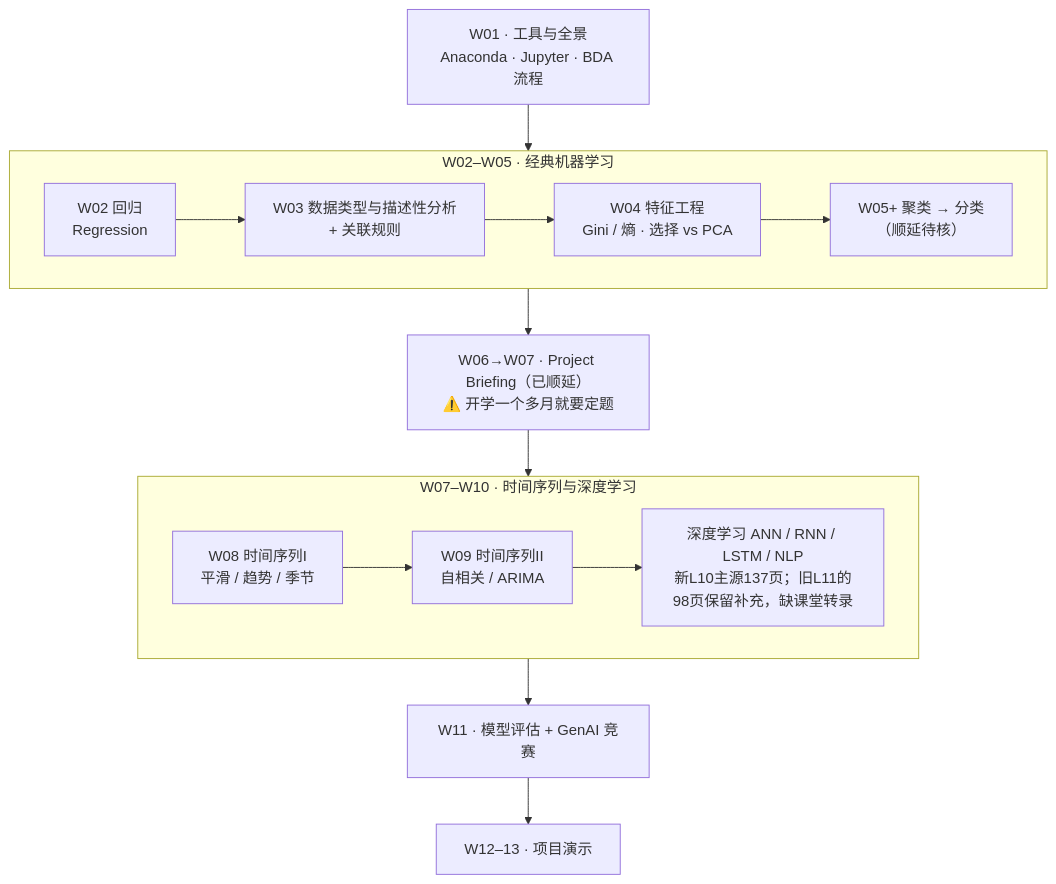
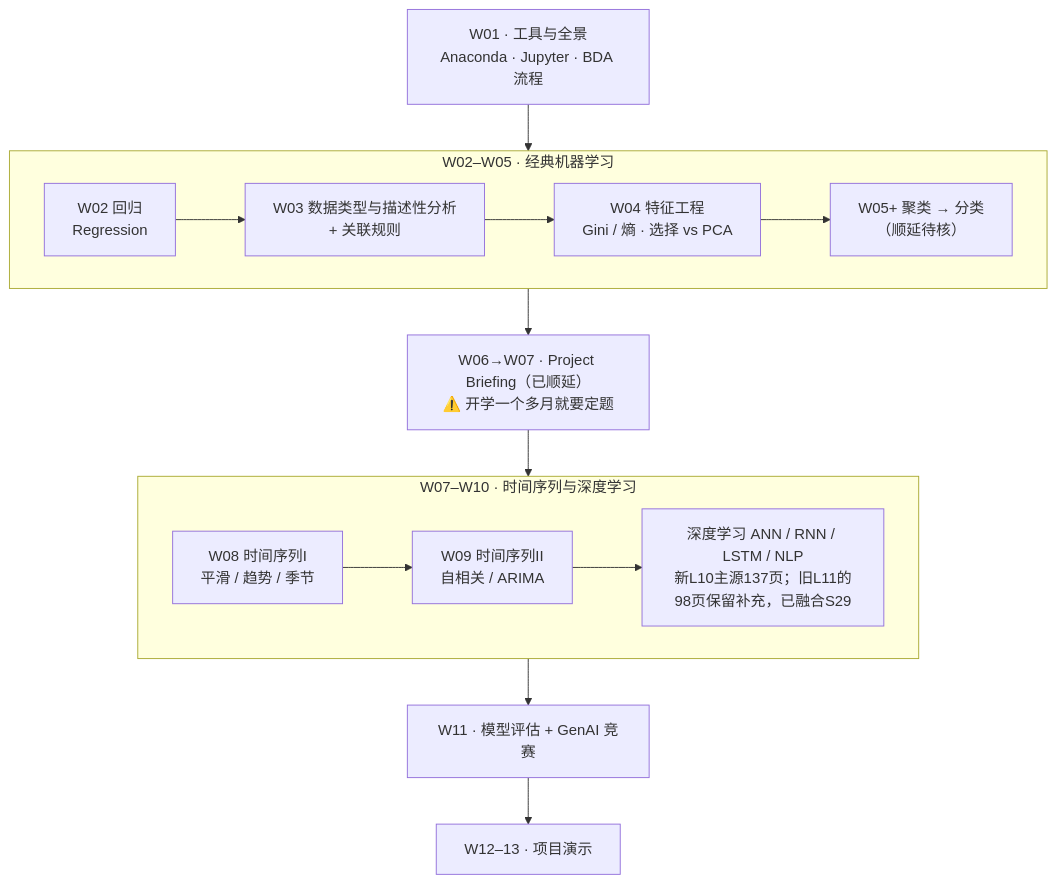
The second of 3 diagrams in IS6400_Business_Data_Analytics/00-课程总览.md (CercaTrovato/cityu-ai-course-notes), drawn with Mermaid before and after one commit. The commit also changed other lines of this file and 31 other files, not shown here.

````diff
--- a/IS6400_Business_Data_Analytics/00-课程总览.md
+++ b/IS6400_Business_Data_Analytics/00-课程总览.md
@@ -112,16 +112,16 @@
 ```mermaid
 flowchart TD
     W1["W01 · 工具与全景<br/>Anaconda · Jupyter · BDA 流程"] --> A
     subgraph A["W02–W05 · 经典机器学习"]
         direction LR
         A1["W02 回归<br/>Regression"] --> A2["W03 数据类型与描述性分析<br/>+ 关联规则"] --> A3["W04 特征工程<br/>Gini / 熵 · 选择 vs PCA"] --> A4["W05+ 聚类 → 分类<br/>（顺延待核）"]
     end
     A --> W6["W06→W07 · Project Briefing（已顺延）<br/>⚠️ 开学一个多月就要定题"]
     W6 --> B
     subgraph B["W07–W10 · 时间序列与深度学习"]
         direction LR
-        B1["W08 时间序列I<br/>平滑 / 趋势 / 季节"] --> B2["W09 时间序列II<br/>自相关 / ARIMA"] --> B3["深度学习 ANN / RNN / LSTM / NLP<br/>新L10主源137页；旧L11的98页保留补充，缺课堂转录"]
+        B1["W08 时间序列I<br/>平滑 / 趋势 / 季节"] --> B2["W09 时间序列II<br/>自相关 / ARIMA"] --> B3["深度学习 ANN / RNN / LSTM / NLP<br/>新L10主源137页；旧L11的98页保留补充，已融合S29"]
     end
     B --> W11["W11 · 模型评估 + GenAI 竞赛"]
     W11 --> W12["W12–13 · 项目演示"]
 ```
````
